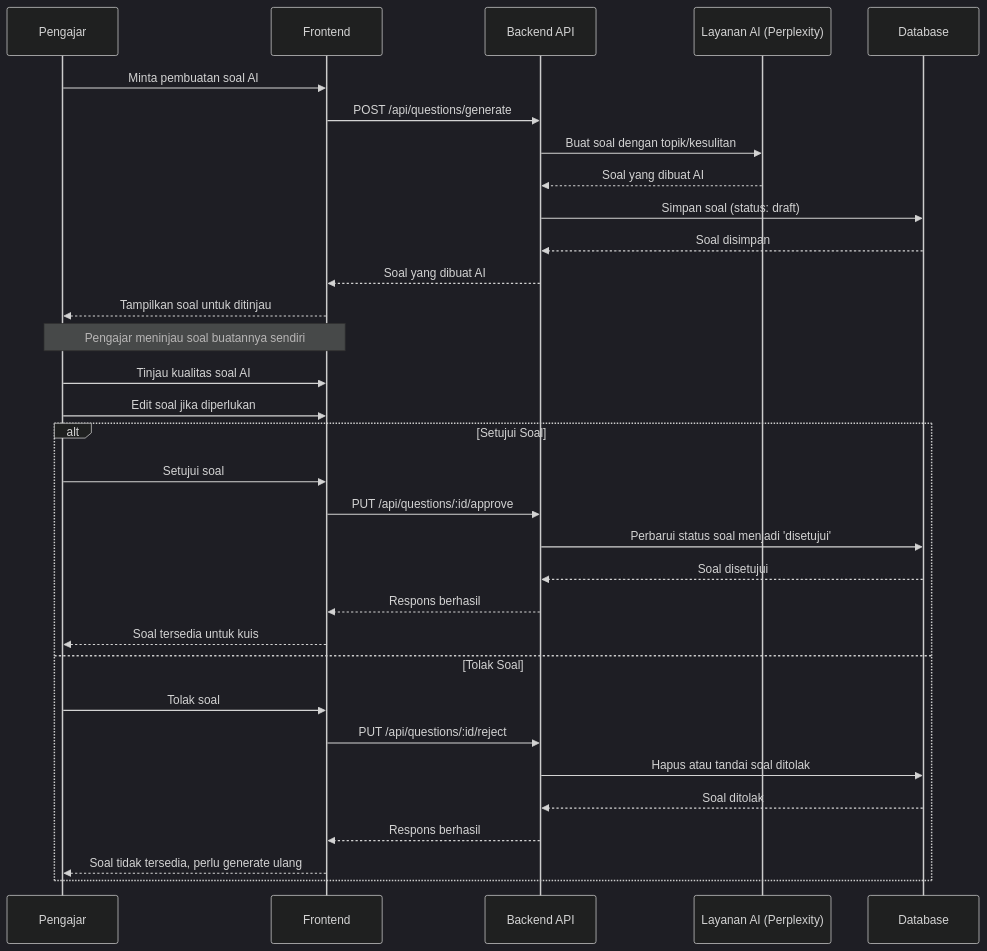
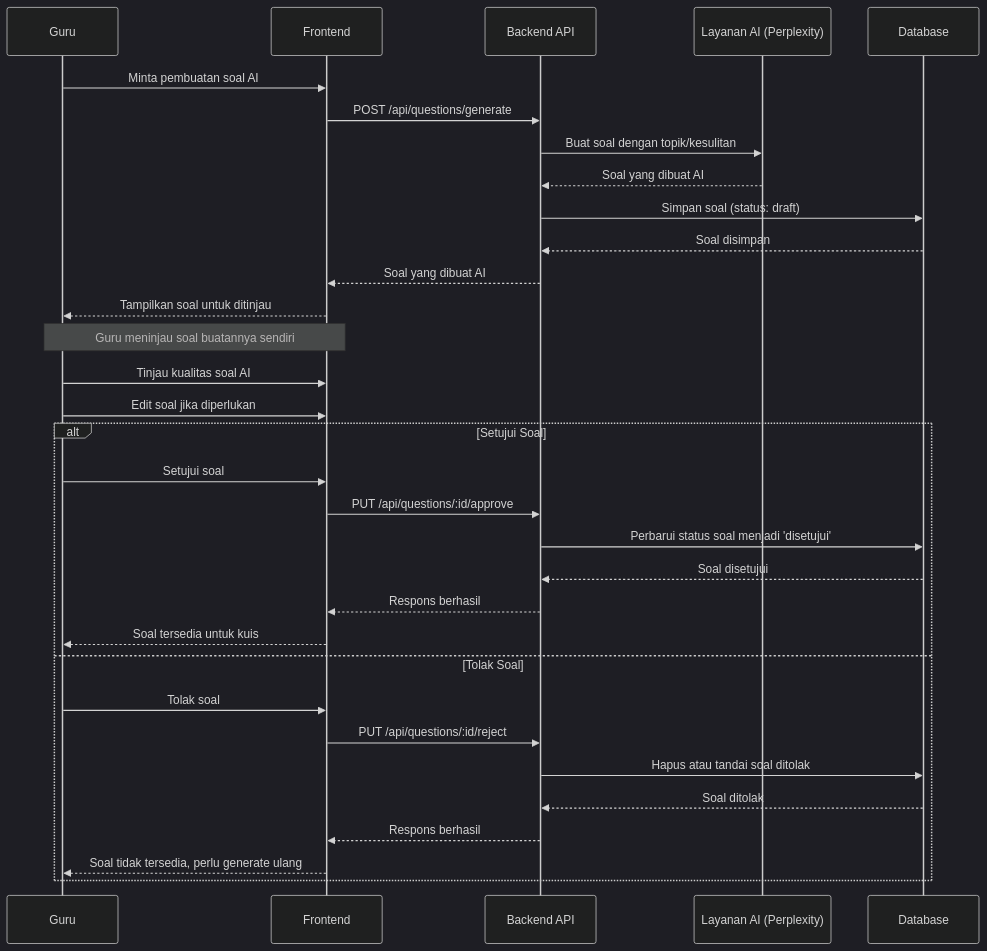
The third of 8 diagrams in sequence-diagrams.md (jonito2005/exam-expert-ai-docs), drawn with Mermaid (dark theme) before and after one commit. The commit also changed other lines of this file and 4 other files, not shown here.

````diff
--- a/sequence-diagrams.md
+++ b/sequence-diagrams.md
@@ -88,37 +101,37 @@
 ```mermaid
 sequenceDiagram
-    participant T as Pengajar
+    participant T as Guru
     participant F as Frontend
     participant API as Backend API
     participant AI as Layanan AI (Perplexity)
     participant DB as Database
 
     T->>F: Minta pembuatan soal AI
     F->>API: POST /api/questions/generate
     API->>AI: Buat soal dengan topik/kesulitan
     AI-->>API: Soal yang dibuat AI
     API->>DB: Simpan soal (status: draft)
     DB-->>API: Soal disimpan
     API-->>F: Soal yang dibuat AI
     F-->>T: Tampilkan soal untuk ditinjau
 
-    Note over T,F: Pengajar meninjau soal buatannya sendiri
+    Note over T,F: Guru meninjau soal buatannya sendiri
     T->>F: Tinjau kualitas soal AI
     T->>F: Edit soal jika diperlukan
     
     alt Setujui Soal
         T->>F: Setujui soal
         F->>API: PUT /api/questions/:id/approve
         API->>DB: Perbarui status soal menjadi 'disetujui'
         DB-->>API: Soal disetujui
         API-->>F: Respons berhasil
         F-->>T: Soal tersedia untuk kuis
     else Tolak Soal
         T->>F: Tolak soal
         F->>API: PUT /api/questions/:id/reject
         API->>DB: Hapus atau tandai soal ditolak
         DB-->>API: Soal ditolak
         API-->>F: Respons berhasil
         F-->>T: Soal tidak tersedia, perlu generate ulang
     end
 ```
````
